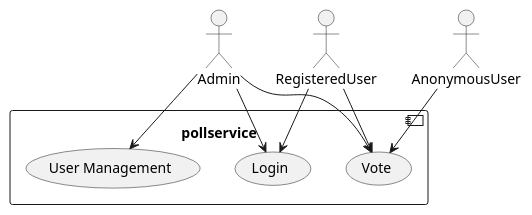
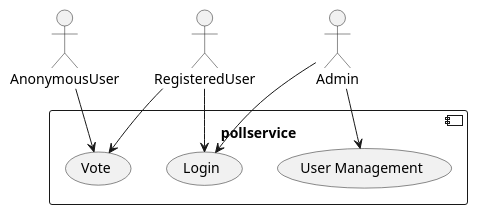
One commit to MagnusSletten/dat250-pollapp changed the diagram in documentation/domainmodel.puml. Above: the diagram before and after it, drawn with PlantUML. The commit also changed 2 other files, not shown here.

```diff
--- a/documentation/domainmodel.puml
+++ b/documentation/domainmodel.puml
@@ -1,18 +1,17 @@
 @startuml Use-Cases
 actor RegisteredUser as ru 
 actor Admin 
 actor AnonymousUser as ur 
 
 component pollservice{
     (Login)
     (User Management)
     (Vote)
 }
 
 ru --> (Login)
 Admin --> (Login)
 ru --> (Vote)
-Admin --> (Vote)
 ur --> (Vote)
 Admin --> (User Management)
 @enduml
```
